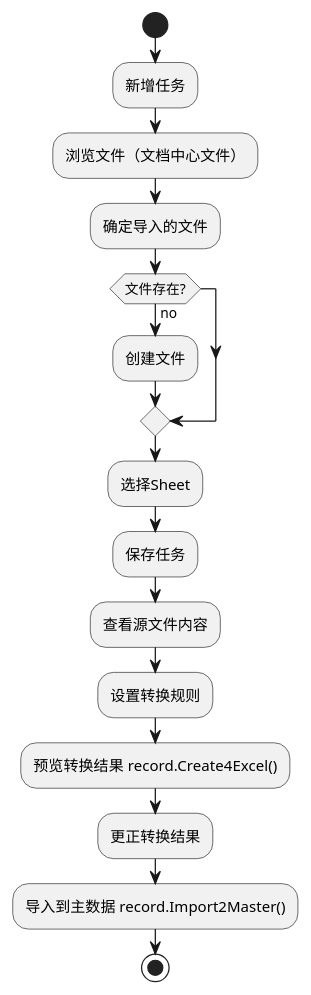
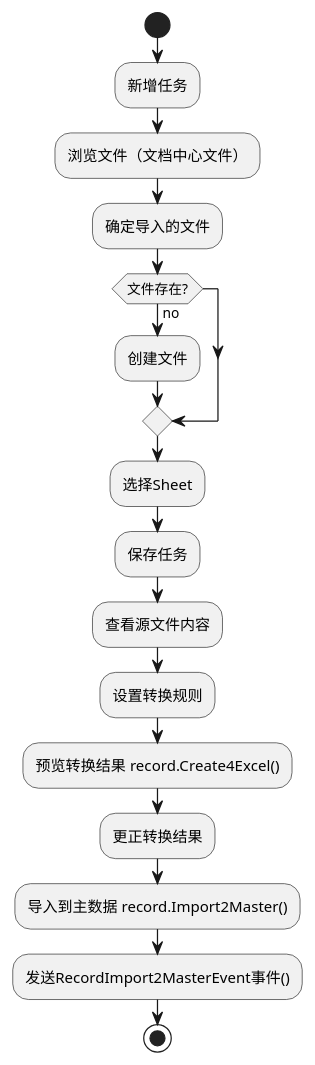
The diagram in app/domain/import/xuml/activite.puml (liuxd6825/dapr-go-ddd-sdk), drawn with PlantUML before and after one commit. The commit also changed 20 other files, not shown here.

```diff
--- a/app/domain/import/xuml/activite.puml
+++ b/app/domain/import/xuml/activite.puml
@@ -1,17 +1,18 @@
 @startuml
 start
 :新增任务;
 :浏览文件（文档中心文件）;
 :确定导入的文件;
 if (文件存在?) then (no)
   :创建文件;
 endif
 :选择Sheet;
 :保存任务;
 :查看源文件内容;
 :设置转换规则;
 :预览转换结果 record.Create4Excel();
 :更正转换结果;
 :导入到主数据 record.Import2Master();
+:发送RecordImport2MasterEvent事件();
 stop
 @enduml
```
